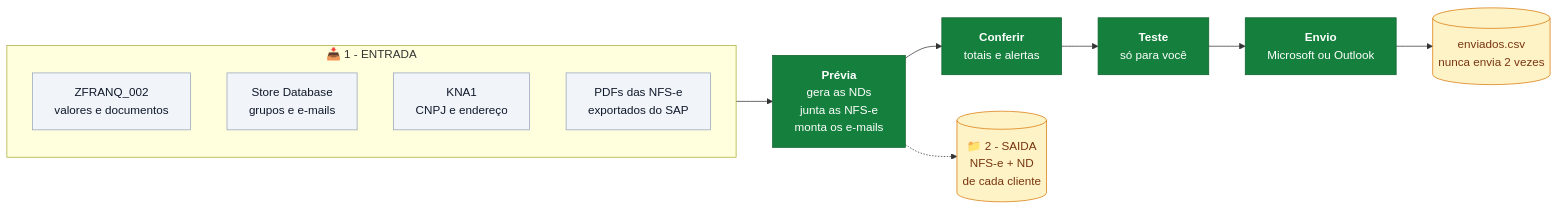
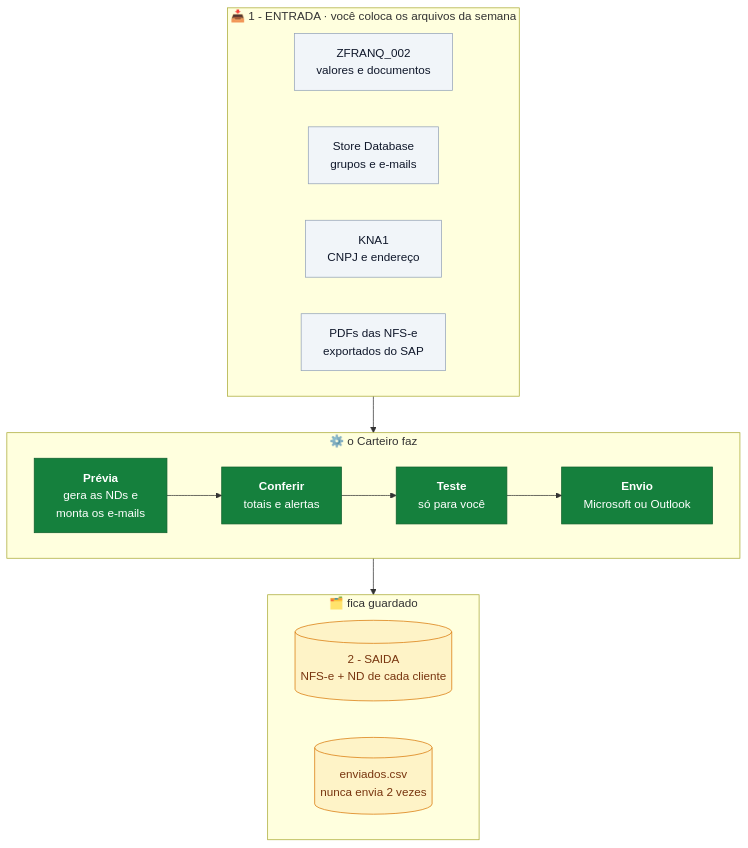
The diagram in README.md (HenioSampaio/carteiro-sbw-versoes), drawn with Mermaid before and after one commit.

Commit message:
README: fluxo em três faixas, legível na largura do GitHub

````diff
--- a/README.md
+++ b/README.md
@@ -35,23 +35,27 @@
 ```mermaid
-flowchart LR
-    subgraph E["📥 1 - ENTRADA"]
-        direction TB
+flowchart TB
+    subgraph E["📥 1 - ENTRADA · você coloca os arquivos da semana"]
+        direction LR
         Z["ZFRANQ_002<br/>valores e documentos"]
         S["Store Database<br/>grupos e e-mails"]
         K["KNA1<br/>CNPJ e endereço"]
         N["PDFs das NFS-e<br/>exportados do SAP"]
     end
-    E --> P["<b>Prévia</b><br/>gera as NDs<br/>junta as NFS-e<br/>monta os e-mails"]
-    P --> C["<b>Conferir</b><br/>totais e alertas"]
-    C --> T["<b>Teste</b><br/>só para você"]
-    T --> V["<b>Envio</b><br/>Microsoft ou Outlook"]
-    V --> F[("enviados.csv<br/>nunca envia 2 vezes")]
-    P -.-> O[("📁 2 - SAIDA<br/>NFS-e + ND<br/>de cada cliente")]
+    subgraph W["⚙️ o Carteiro faz"]
+        direction LR
+        P["<b>Prévia</b><br/>gera as NDs e<br/>monta os e-mails"] --> C["<b>Conferir</b><br/>totais e alertas"] --> T["<b>Teste</b><br/>só para você"] --> V["<b>Envio</b><br/>Microsoft ou Outlook"]
+    end
+    subgraph G["🗂️ fica guardado"]
+        direction LR
+        O[("2 - SAIDA<br/>NFS-e + ND de cada cliente")]
+        F[("enviados.csv<br/>nunca envia 2 vezes")]
+    end
+    E --> W --> G
 
     classDef passo fill:#15803d,stroke:#0f5f2c,color:#fff
     classDef arquivo fill:#f1f5f9,stroke:#94a3b8,color:#0f172a
     classDef guarda fill:#fef3c7,stroke:#d97706,color:#78350f
     class P,C,T,V passo
     class Z,S,K,N arquivo
-    class F,O guarda
+    class O,F guarda
 ```
````
